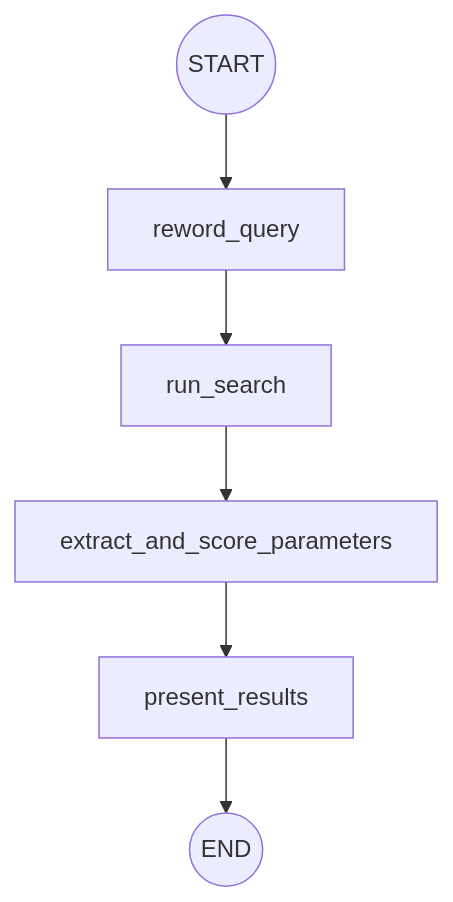
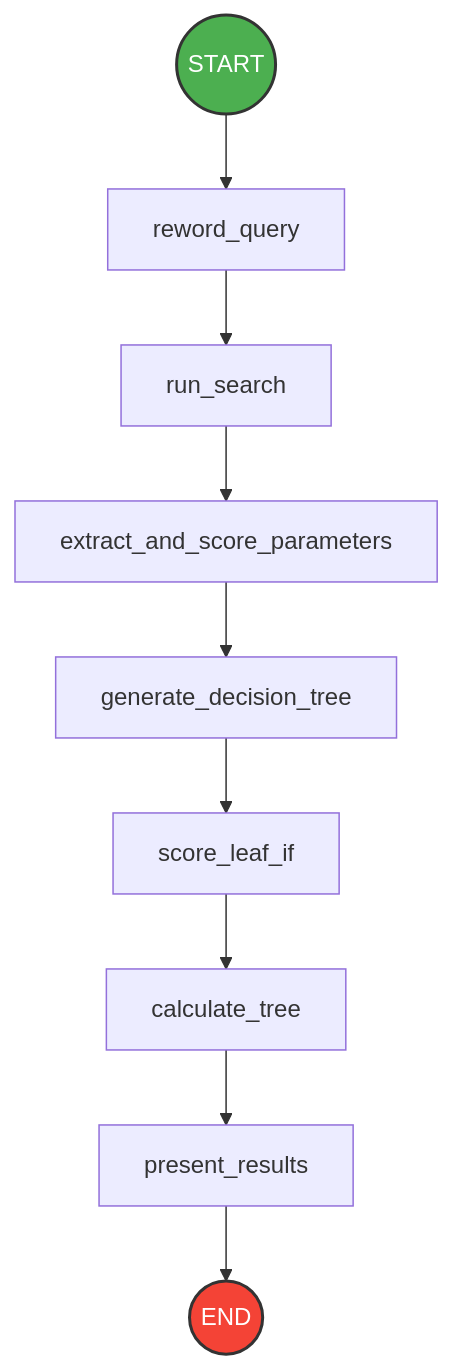
One commit to deltaplanoo/Agentic-Probability-Engine changed the first of 2 diagrams in README.md. Above: the diagram before and after it, drawn with Mermaid. The commit also changed other lines of this file, not shown here.

````diff
--- a/README.md
+++ b/README.md
@@ -5,17 +5,16 @@
 ```mermaid
-	graph TD
-	%% Nodes
-	START((START))
-	END((END))
-	reword_query[reword_query]
-	run_search[run_search]
-	extract_and_score_parameters[extract_and_score_parameters]
-	present_results[present_results]
+graph TD
+    START((START)) --> reword_query
+    present_results --> END((END))
 
-	%% Edges
-	START --> reword_query
-	reword_query --> run_search
-	run_search --> extract_and_score_parameters
-	extract_and_score_parameters --> present_results
-	present_results --> END
+    reword_query[reword_query] --> run_search[run_search]
+    run_search --> extract_and_score_parameters[extract_and_score_parameters]
+    extract_and_score_parameters --> generate_decision_tree[generate_decision_tree]
+    generate_decision_tree --> score_leaf_if[score_leaf_if]
+    score_leaf_if --> calculate_tree[calculate_tree]
+    calculate_tree --> present_results[present_results]
+
+    %% Styling
+    style START fill:#4caf50,stroke:#333,stroke-width:2px,color:#fff
+    style END fill:#f44336,stroke:#333,stroke-width:2px,color:#fff
 ```
````
